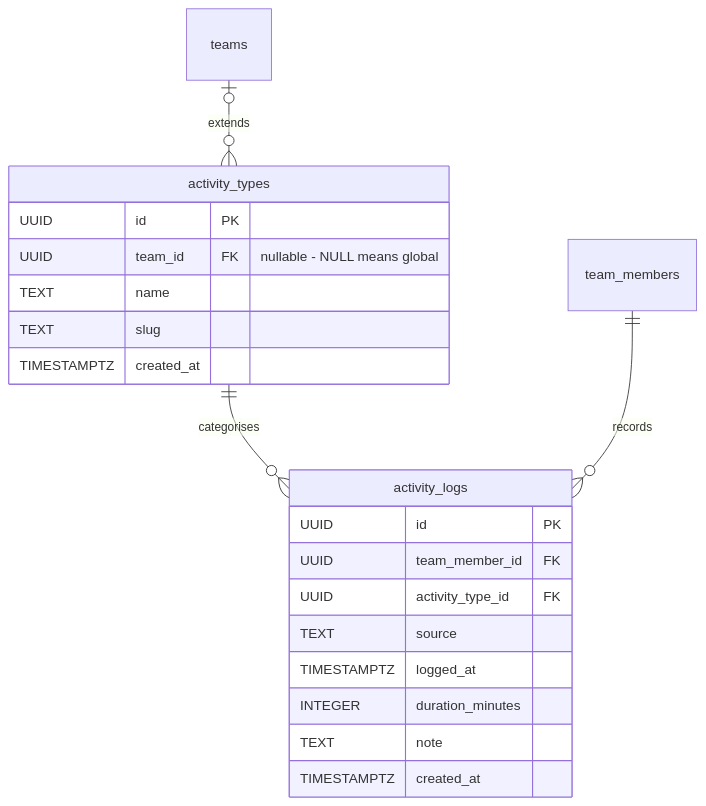
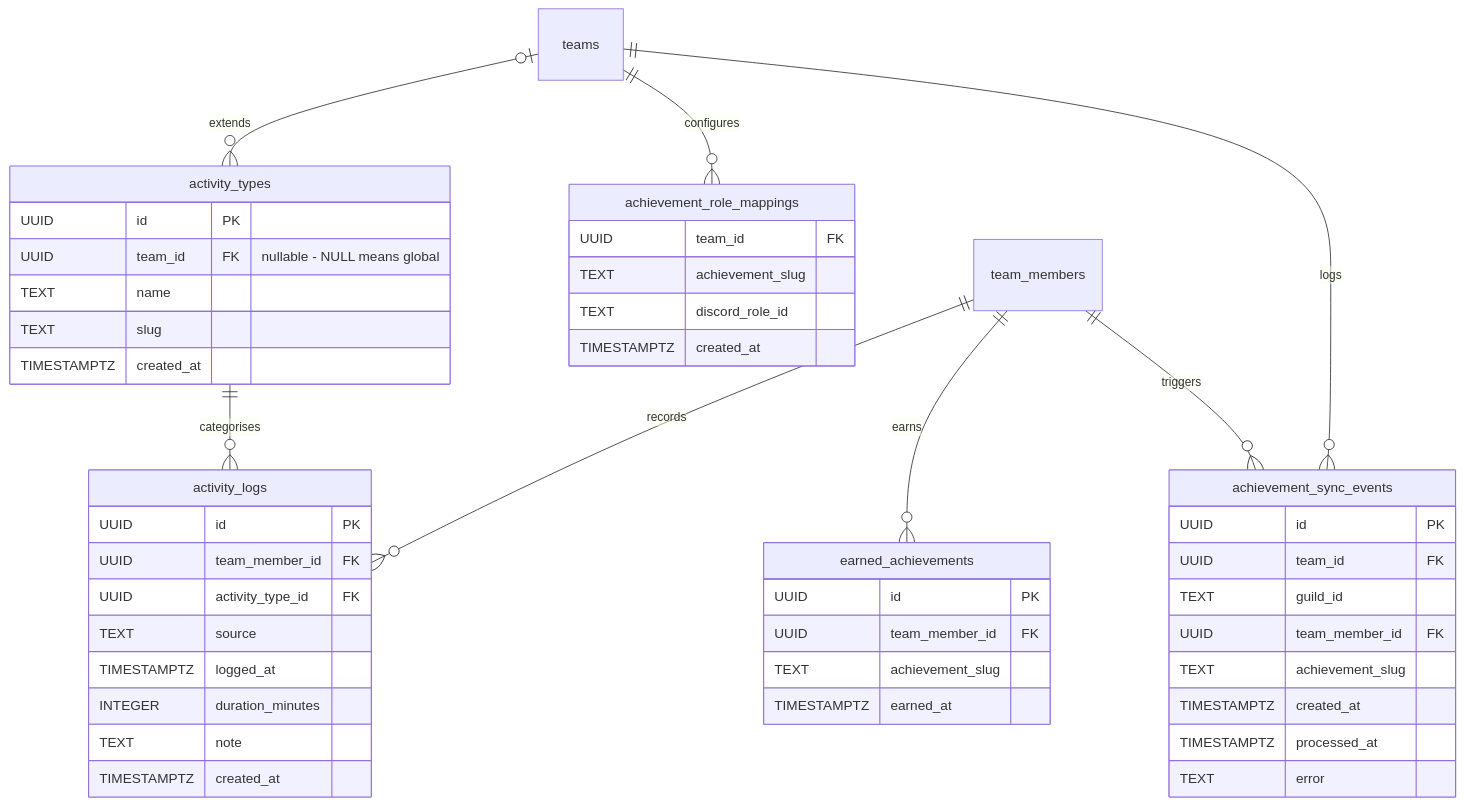
Before and after one commit to sideline-cz/sideline: the ninth of 12 diagrams in docs/thesis/er-diagram.md, drawn with Mermaid. The commit also changed other lines of this file and 57 other files, not shown here.

First line of the commit message:
feat: achievement system with auto-granted Discord roles (#268)

````diff
--- a/docs/thesis/er-diagram.md
+++ b/docs/thesis/er-diagram.md
@@ -568,25 +572,54 @@
 ```mermaid
 erDiagram
     activity_types {
         UUID id PK
         UUID team_id FK "nullable - NULL means global"
         TEXT name
         TEXT slug
         TIMESTAMPTZ created_at
     }
 
     activity_logs {
         UUID id PK
         UUID team_member_id FK
         UUID activity_type_id FK
         TEXT source
         TIMESTAMPTZ logged_at
         INTEGER duration_minutes
         TEXT note
         TIMESTAMPTZ created_at
     }
 
+    earned_achievements {
+        UUID id PK
+        UUID team_member_id FK
+        TEXT achievement_slug
+        TIMESTAMPTZ earned_at
+    }
+
+    achievement_role_mappings {
+        UUID team_id FK
+        TEXT achievement_slug
+        TEXT discord_role_id
+        TIMESTAMPTZ created_at
+    }
+
+    achievement_sync_events {
+        UUID id PK
+        UUID team_id FK
+        TEXT guild_id
+        UUID team_member_id FK
+        TEXT achievement_slug
+        TIMESTAMPTZ created_at
+        TIMESTAMPTZ processed_at
+        TEXT error
+    }
+
     teams o|--o{ activity_types : "extends"
+    teams ||--o{ achievement_role_mappings : "configures"
+    teams ||--o{ achievement_sync_events : "logs"
     activity_types ||--o{ activity_logs : "categorises"
     team_members ||--o{ activity_logs : "records"
+    team_members ||--o{ earned_achievements : "earns"
+    team_members ||--o{ achievement_sync_events : "triggers"
 ```
````
